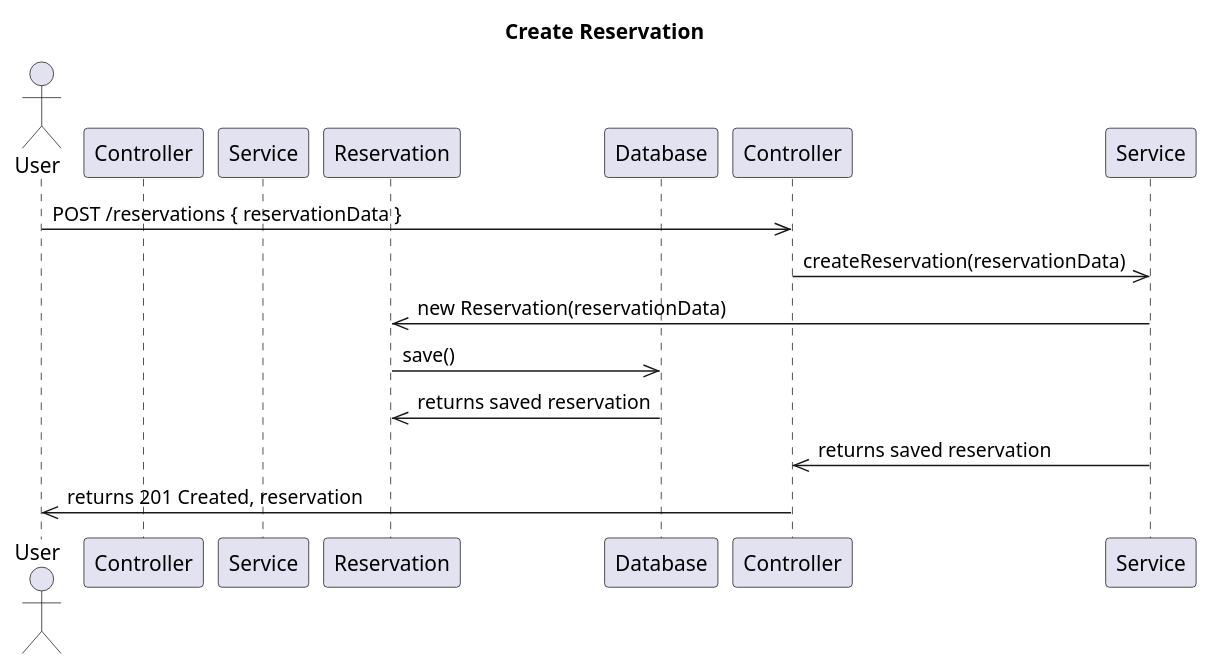
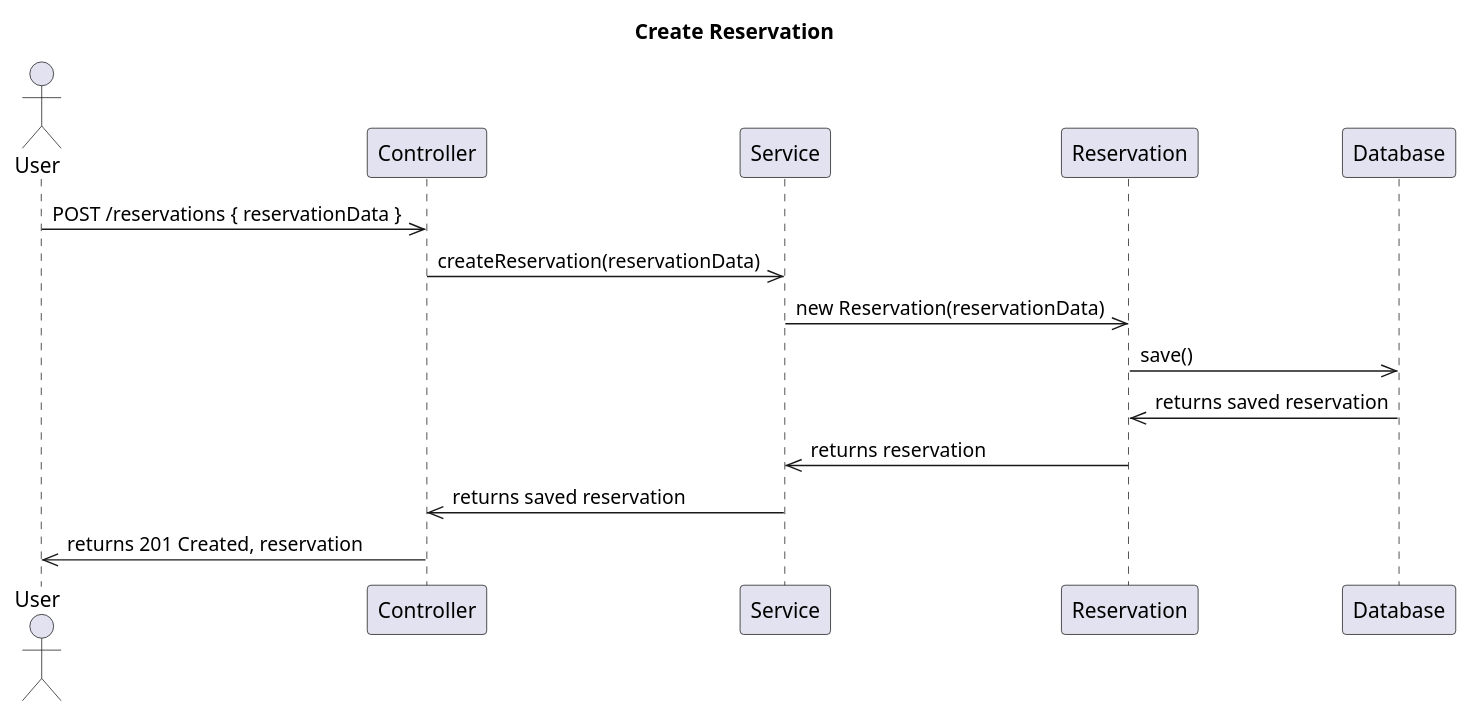
The diagram in uml/sequence/create/create.puml (Qeerser/SWDP-Project), drawn with PlantUML before and after one commit. The commit also changed 4 other files, not shown here.

```diff
--- a/uml/sequence/create/create.puml
+++ b/uml/sequence/create/create.puml
@@ -1,17 +1,18 @@
 @startuml
 title Create Reservation
 
 actor User
 participant "Controller" as ReservationController
 participant "Service" as ReservationService
 participant "Reservation" as Reservation
 participant "Database" as Database
 
-User ->> Controller : POST /reservations { reservationData }
-Controller ->> Service : createReservation(reservationData)
-Service ->> Reservation : new Reservation(reservationData)
+User ->> ReservationController : POST /reservations { reservationData }
+ReservationController ->> ReservationService : createReservation(reservationData)
+ReservationService ->> Reservation : new Reservation(reservationData)
 Reservation ->> Database : save()
 Database ->> Reservation : returns saved reservation
-Service ->> Controller : returns saved reservation
-Controller ->> User : returns 201 Created, reservation
+Reservation ->> ReservationService : returns reservation
+ReservationService ->> ReservationController : returns saved reservation
+ReservationController ->> User : returns 201 Created, reservation
 @enduml
```
